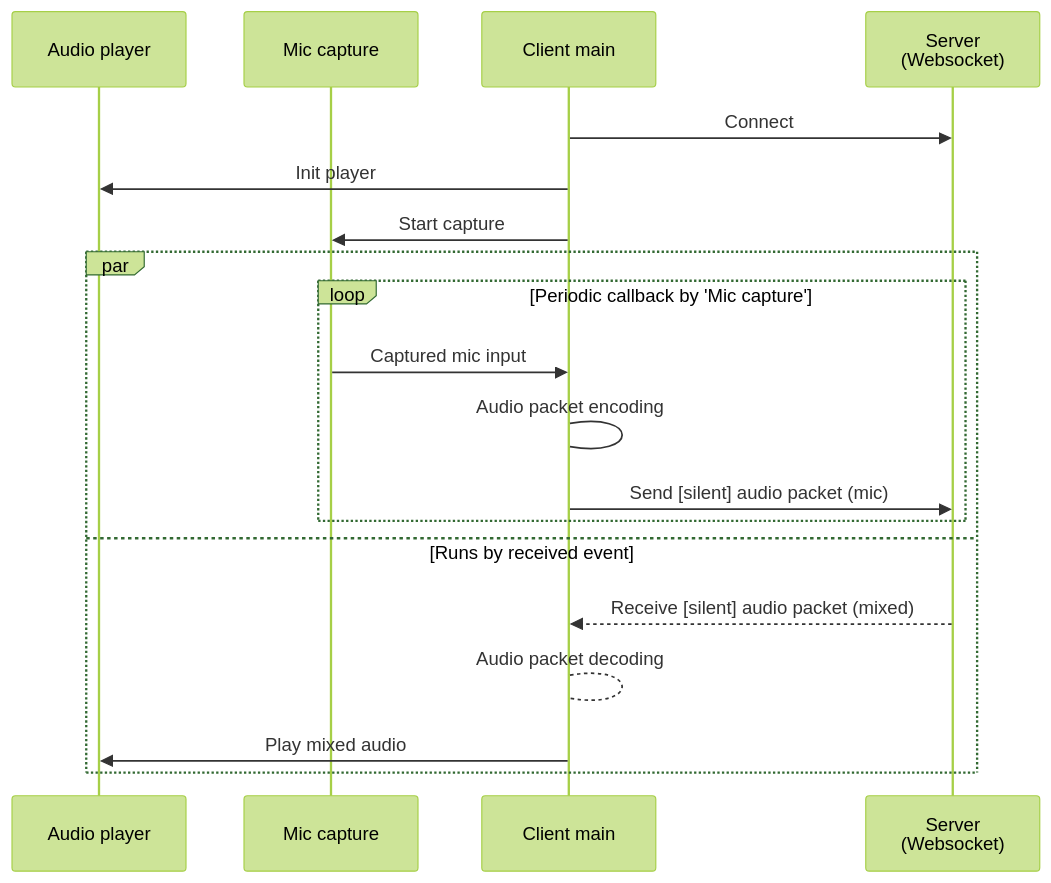
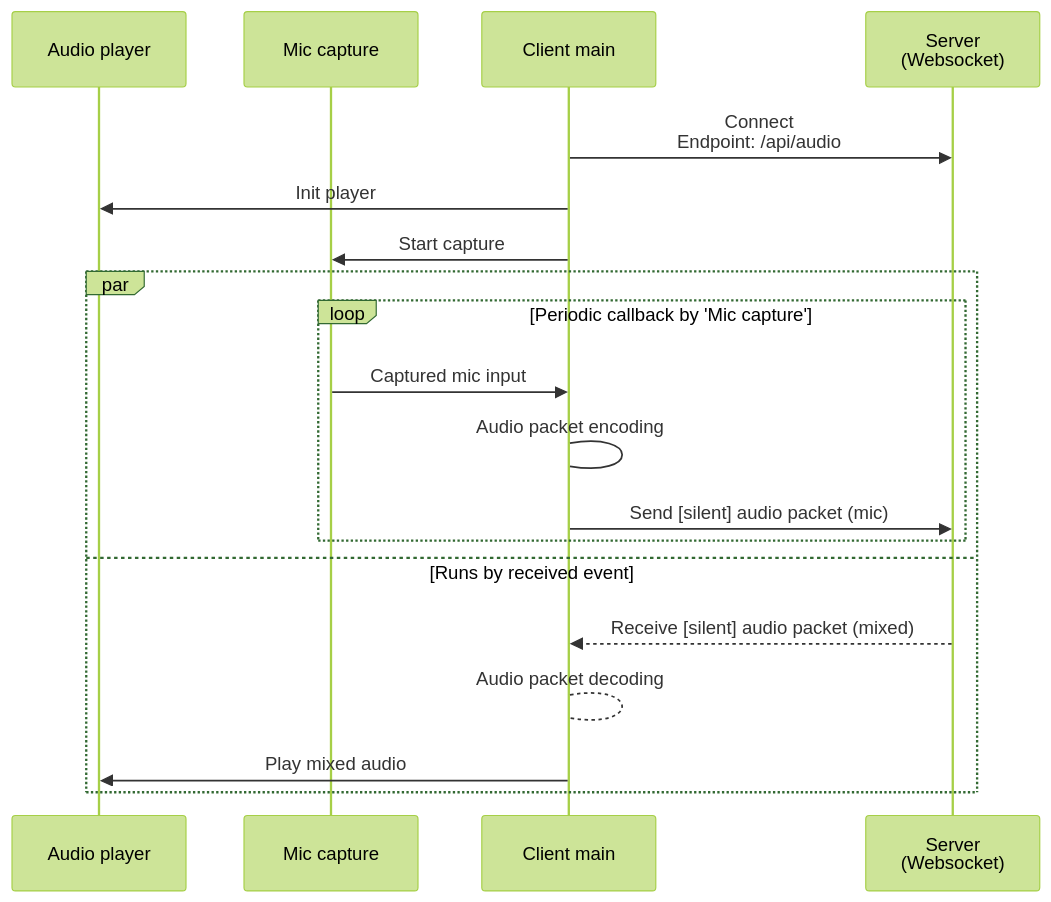
One commit to aKuad/web-intercom changed the diagram in designs/audio-client-sequence.md. Above: the diagram before and after it, drawn with Mermaid (forest theme). The commit also changed 2 other files, not shown here.

Commit message:
Add: API endpoints defined & documentation added

````diff
--- a/designs/audio-client-sequence.md
+++ b/designs/audio-client-sequence.md
@@ -3,23 +3,23 @@
 ```mermaid
 sequenceDiagram
   participant AP as Audio player
   participant MC as Mic capture
   participant CM as Client main
   participant WSS as Server<br>(Websocket)
 
-  CM->>WSS: Connect
+  CM->>WSS: Connect<br>Endpoint: /api/audio
   CM->>AP: Init player
   CM->>MC: Start capture
 
   par
     loop Periodic callback by 'Mic capture'
       MC->>CM: Captured mic input
       CM->CM: Audio packet encoding
       CM->>WSS: Send [silent] audio packet (mic)
     end
   and Runs by received event
     WSS-->>CM: Receive [silent] audio packet (mixed)
     CM-->CM: Audio packet decoding
     CM->>AP: Play mixed audio
   end
 ```
````
